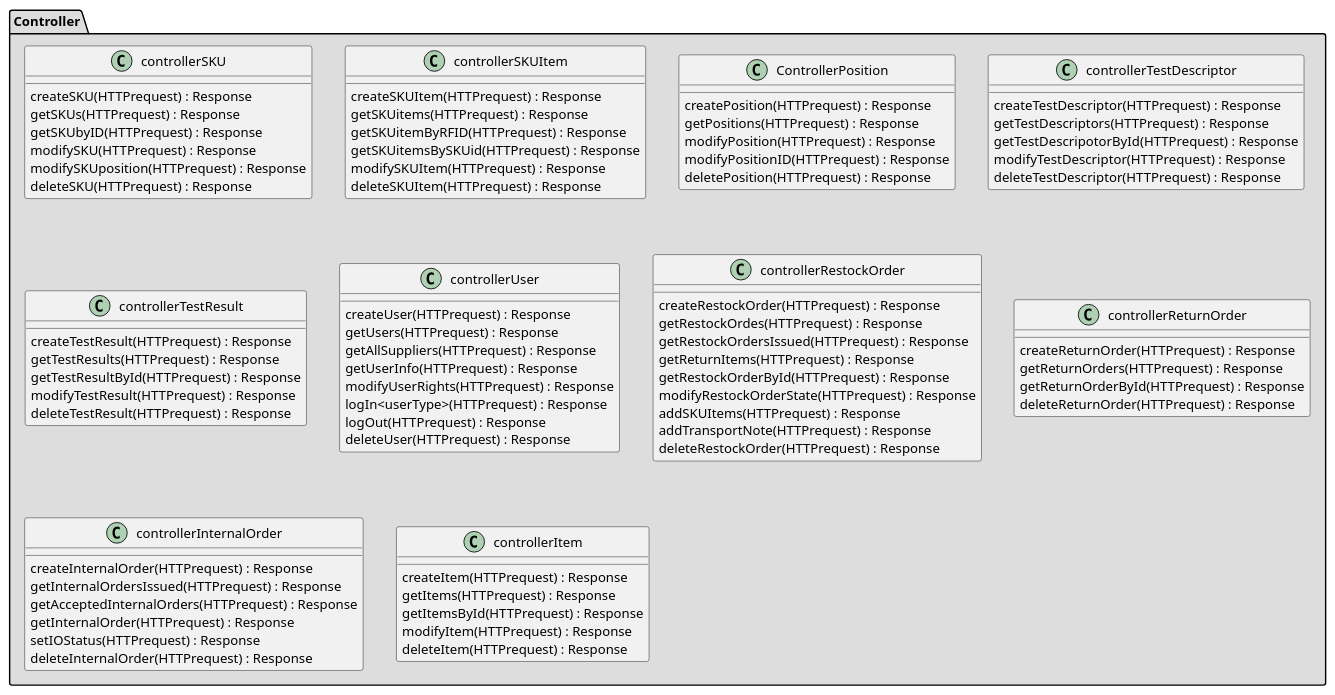
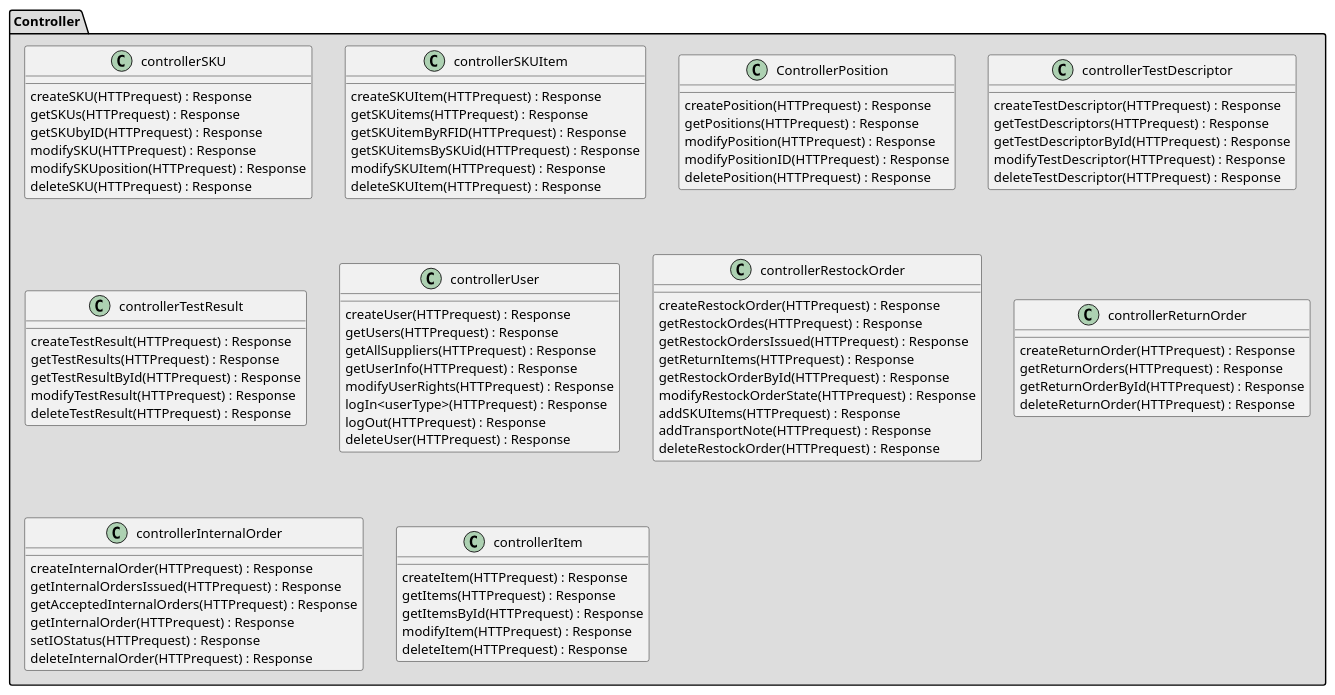
Before and after one commit to AlexZampa/EzWh: the third of 32 diagrams in DesignDocument.md, drawn with PlantUML. The commit also changed other lines of this file and 1 other file, not shown here.

```diff
--- a/DesignDocument.md
+++ b/DesignDocument.md
@@ -129,7 +128,7 @@
   class controllerTestDescriptor {
     createTestDescriptor(HTTPrequest) : Response
     getTestDescriptors(HTTPrequest) : Response
-    getTestDescripotorById(HTTPrequest) : Response
+    getTestDescriptorById(HTTPrequest) : Response
     modifyTestDescriptor(HTTPrequest) : Response
     deleteTestDescriptor(HTTPrequest) : Response
   }
```
